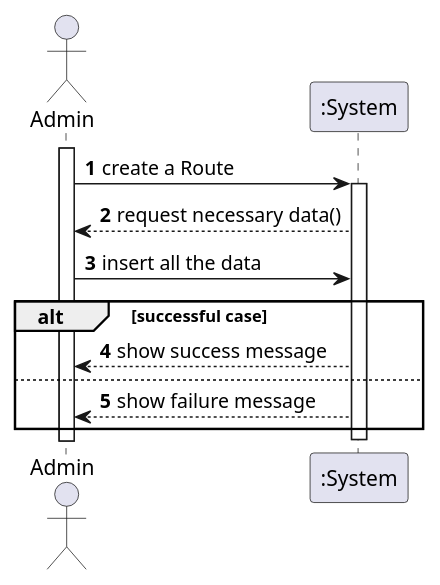
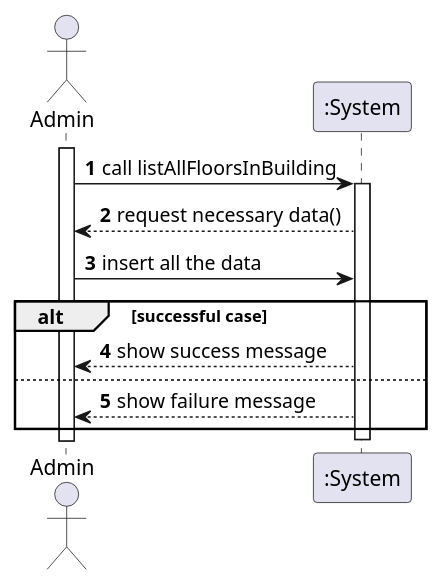
Before and after one commit to NunoTeixeiraMota/ProjetoIntegrador24: the diagram in docs/1200941/US210/Level1.puml, drawn with PlantUML. The commit also changed 11 other files, not shown here.

Commit message:
Changes to SINTAX of diagrams

```diff
--- a/docs/1200941/US210/Level1.puml
+++ b/docs/1200941/US210/Level1.puml
@@ -1,22 +1,22 @@
 @startuml
 autonumber
 'hide footbox
 actor "Admin" as admin
 
 participant ":System" as sys
 
 activate admin
 
-admin -> sys: create a Route
+admin -> sys: call listAllFloorsInBuilding
 activate sys
 
 sys --> admin: request necessary data()
 admin -> sys : insert all the data
 
 alt successful case
     sys --> admin: show success message
 else
     sys --> admin: show failure message
 end
 deactivate sys
 @enduml
```
